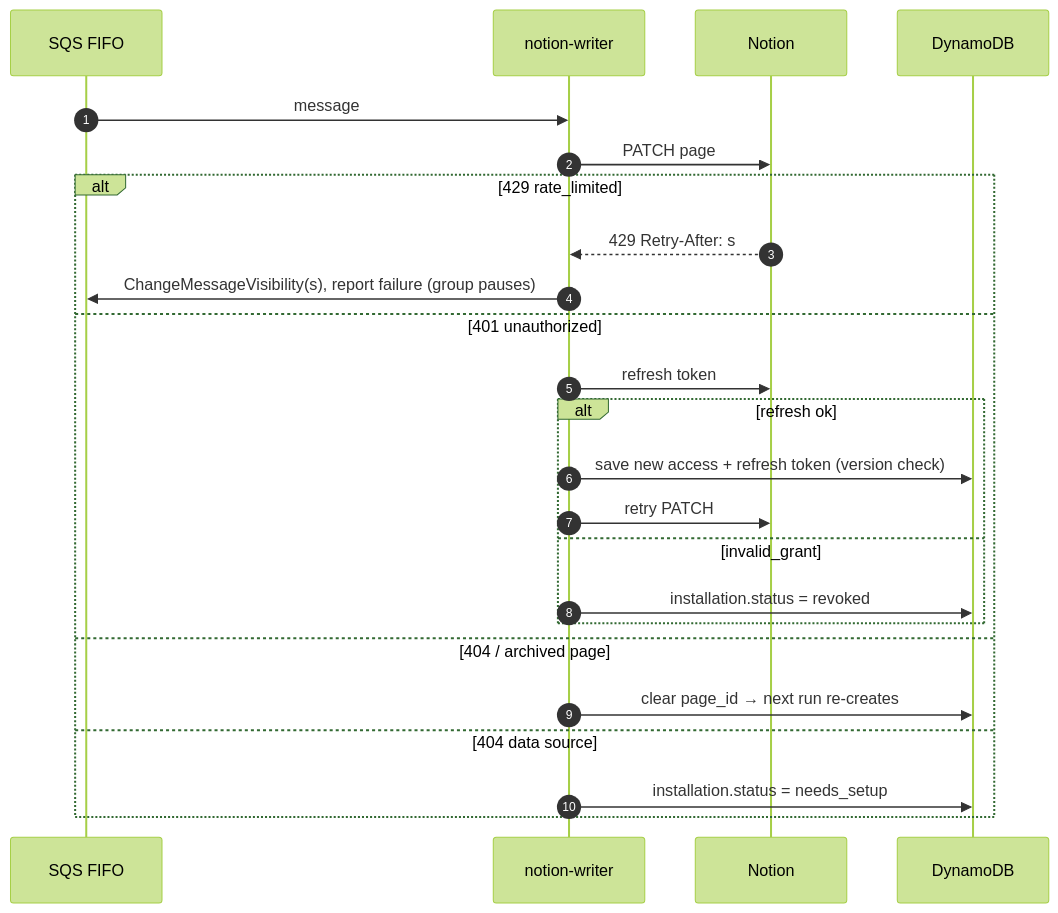
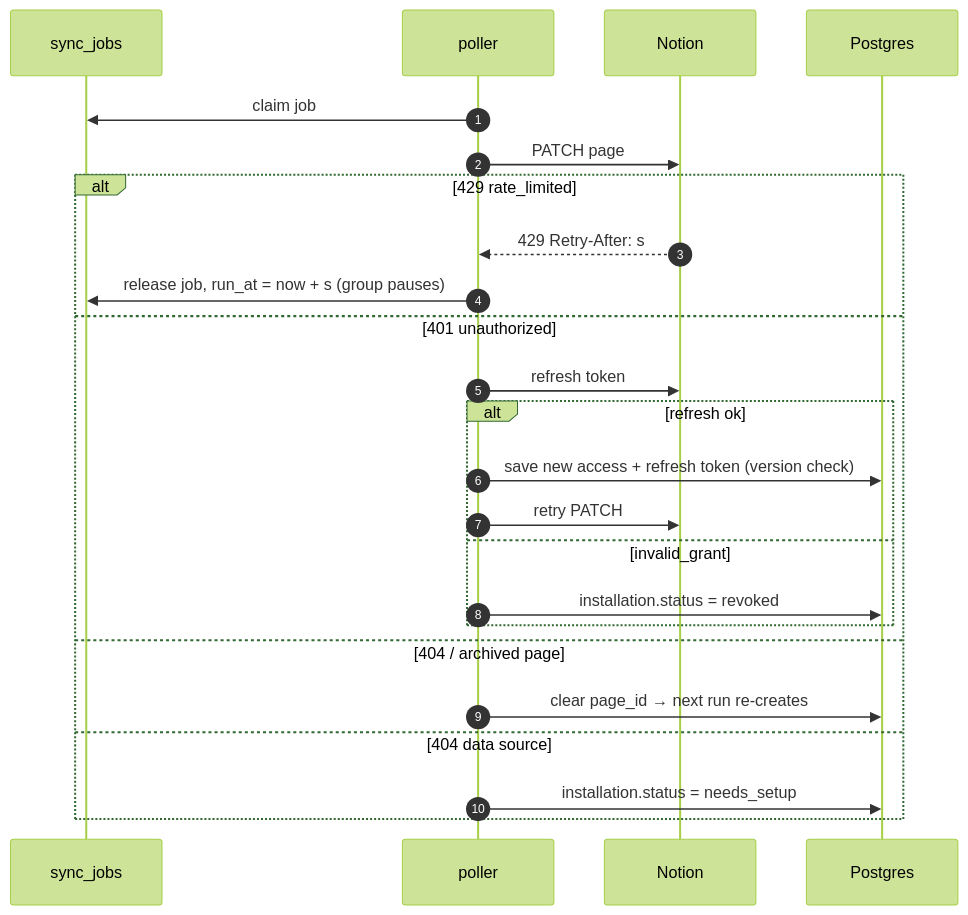
The fourth of 7 diagrams in docs/reading-tracker-onboarding.md (tuncloud/reading-chrome-extension), drawn with Mermaid (forest theme) before and after one commit. The commit also changed other lines of this file and 7 other files, not shown here.

````diff
--- a/docs/reading-tracker-onboarding.md
+++ b/docs/reading-tracker-onboarding.md
@@ -284,27 +269,27 @@
 ```mermaid
 sequenceDiagram
     autonumber
-    participant Q as SQS FIFO
-    participant W as notion-writer
+    participant Q as sync_jobs
+    participant W as poller
     participant N as Notion
-    participant D as DynamoDB
+    participant D as Postgres
 
-    Q->>W: message
+    W->>Q: claim job
     W->>N: PATCH page
     alt 429 rate_limited
         N-->>W: 429 Retry-After: s
-        W->>Q: ChangeMessageVisibility(s), report failure (group pauses)
+        W->>Q: release job, run_at = now + s (group pauses)
     else 401 unauthorized
         W->>N: refresh token
         alt refresh ok
             W->>D: save new access + refresh token (version check)
             W->>N: retry PATCH
         else invalid_grant
             W->>D: installation.status = revoked
         end
     else 404 / archived page
         W->>D: clear page_id → next run re-creates
     else 404 data source
         W->>D: installation.status = needs_setup
     end
 ```
````
